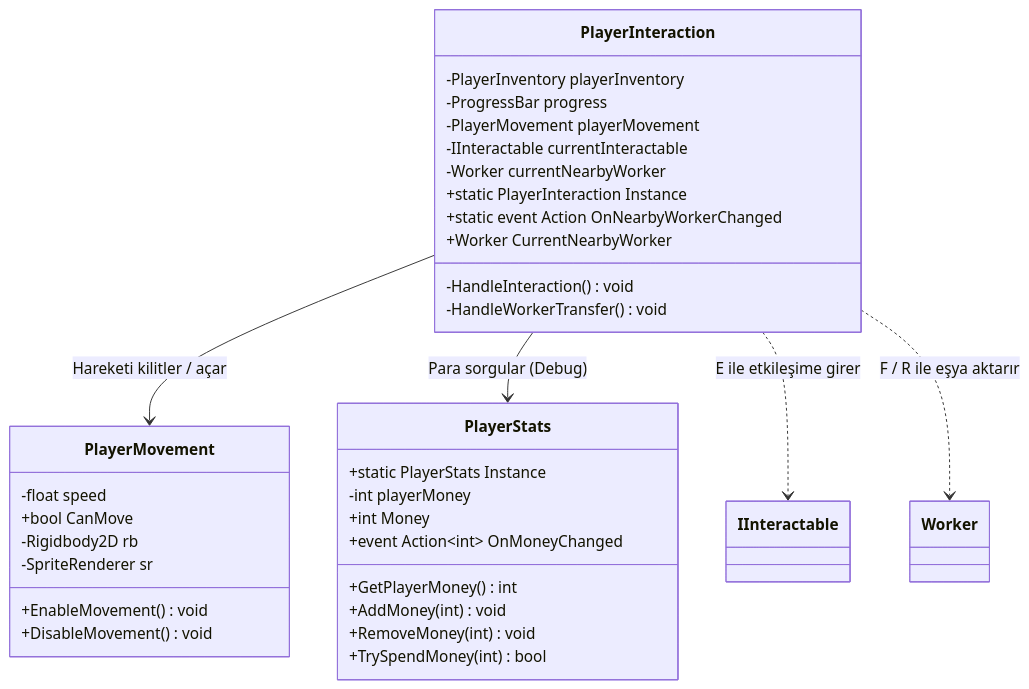
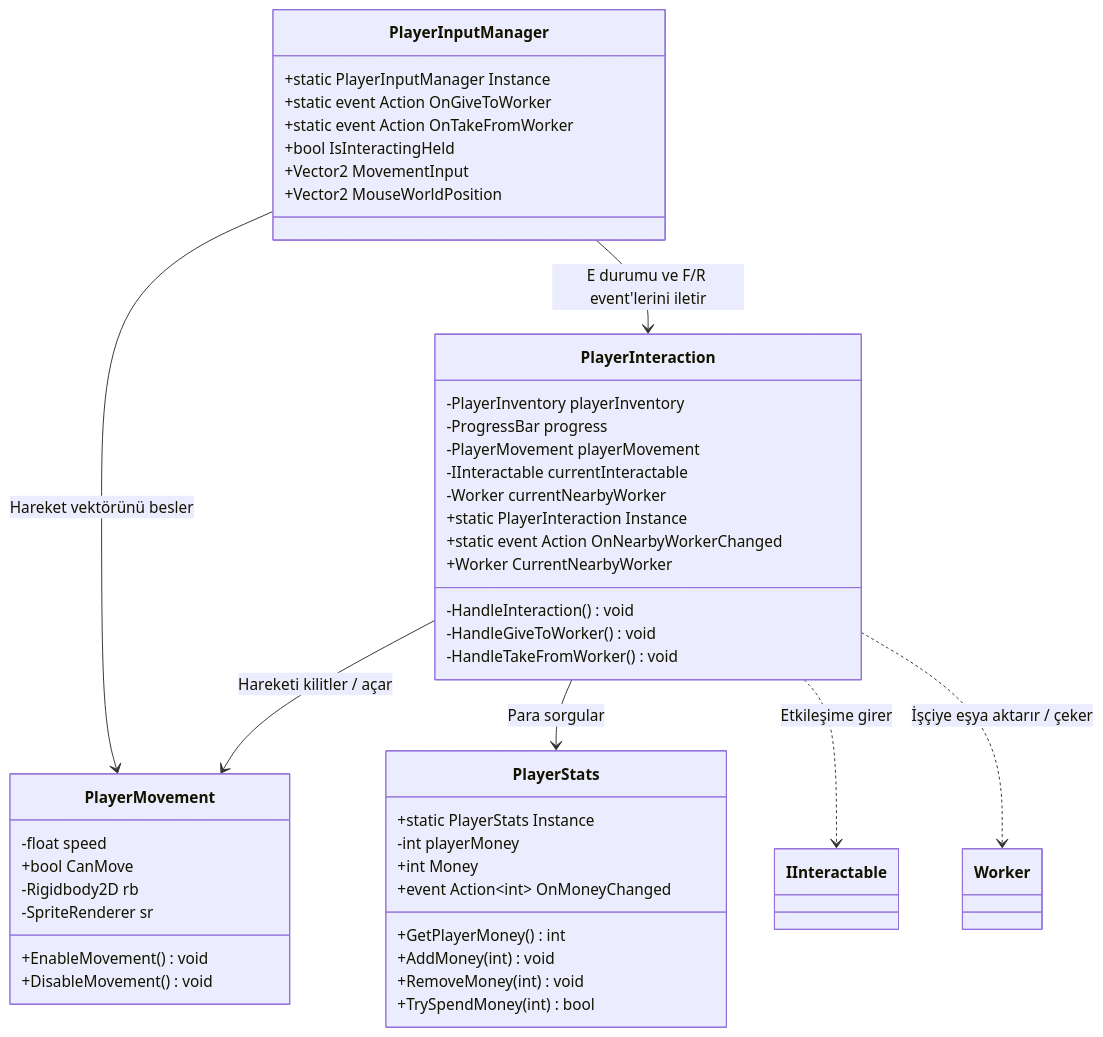
One commit to omerbartug/unity-mining-game changed the first of 2 diagrams in Assets/Documentation/Player.md. Above: the diagram before and after it, drawn with Mermaid. The commit also changed other lines of this file and 49 other files, not shown here.

````diff
--- a/Assets/Documentation/Player.md
+++ b/Assets/Documentation/Player.md
@@ -11,40 +11,52 @@
 ```mermaid
 classDiagram
     class PlayerMovement {
         -float speed
         +bool CanMove
         -Rigidbody2D rb
         -SpriteRenderer sr
         +EnableMovement() void
         +DisableMovement() void
     }
 
     class PlayerInteraction {
         -PlayerInventory playerInventory
         -ProgressBar progress
         -PlayerMovement playerMovement
         -IInteractable currentInteractable
         -Worker currentNearbyWorker
         +static PlayerInteraction Instance
         +static event Action OnNearbyWorkerChanged
         +Worker CurrentNearbyWorker
         -HandleInteraction() void
-        -HandleWorkerTransfer() void
+        -HandleGiveToWorker() void
+        -HandleTakeFromWorker() void
     }
 
     class PlayerStats {
         +static PlayerStats Instance
         -int playerMoney
         +int Money
         +event Action~int~ OnMoneyChanged
         +GetPlayerMoney() int
         +AddMoney(int) void
         +RemoveMoney(int) void
         +TrySpendMoney(int) bool
     }
 
+    class PlayerInputManager {
+        +static PlayerInputManager Instance
+        +static event Action OnGiveToWorker
+        +static event Action OnTakeFromWorker
+        +bool IsInteractingHeld
+        +Vector2 MovementInput
+        +Vector2 MouseWorldPosition
+    }
+
+    PlayerInputManager --> PlayerMovement : Hareket vektörünü besler
+    PlayerInputManager --> PlayerInteraction : E durumu ve F/R event'lerini iletir
     PlayerInteraction --> PlayerMovement : Hareketi kilitler / açar
-    PlayerInteraction --> PlayerStats : Para sorgular (Debug)
-    PlayerInteraction ..> IInteractable : E ile etkileşime girer
-    PlayerInteraction ..> Worker : F / R ile eşya aktarır
+    PlayerInteraction --> PlayerStats : Para sorgular
+    PlayerInteraction ..> IInteractable : Etkileşime girer
+    PlayerInteraction ..> Worker : İşçiye eşya aktarır / çeker
 ```
````
